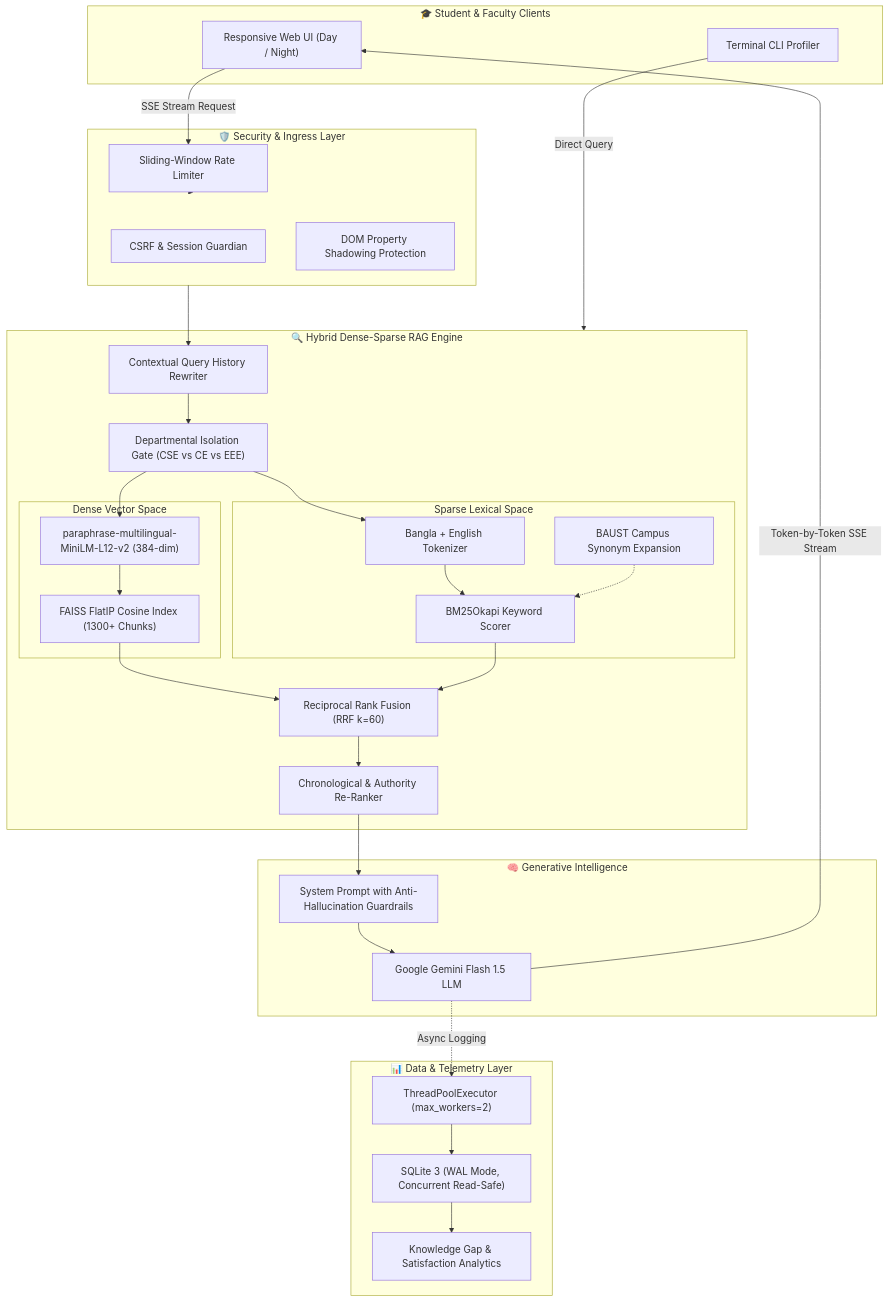
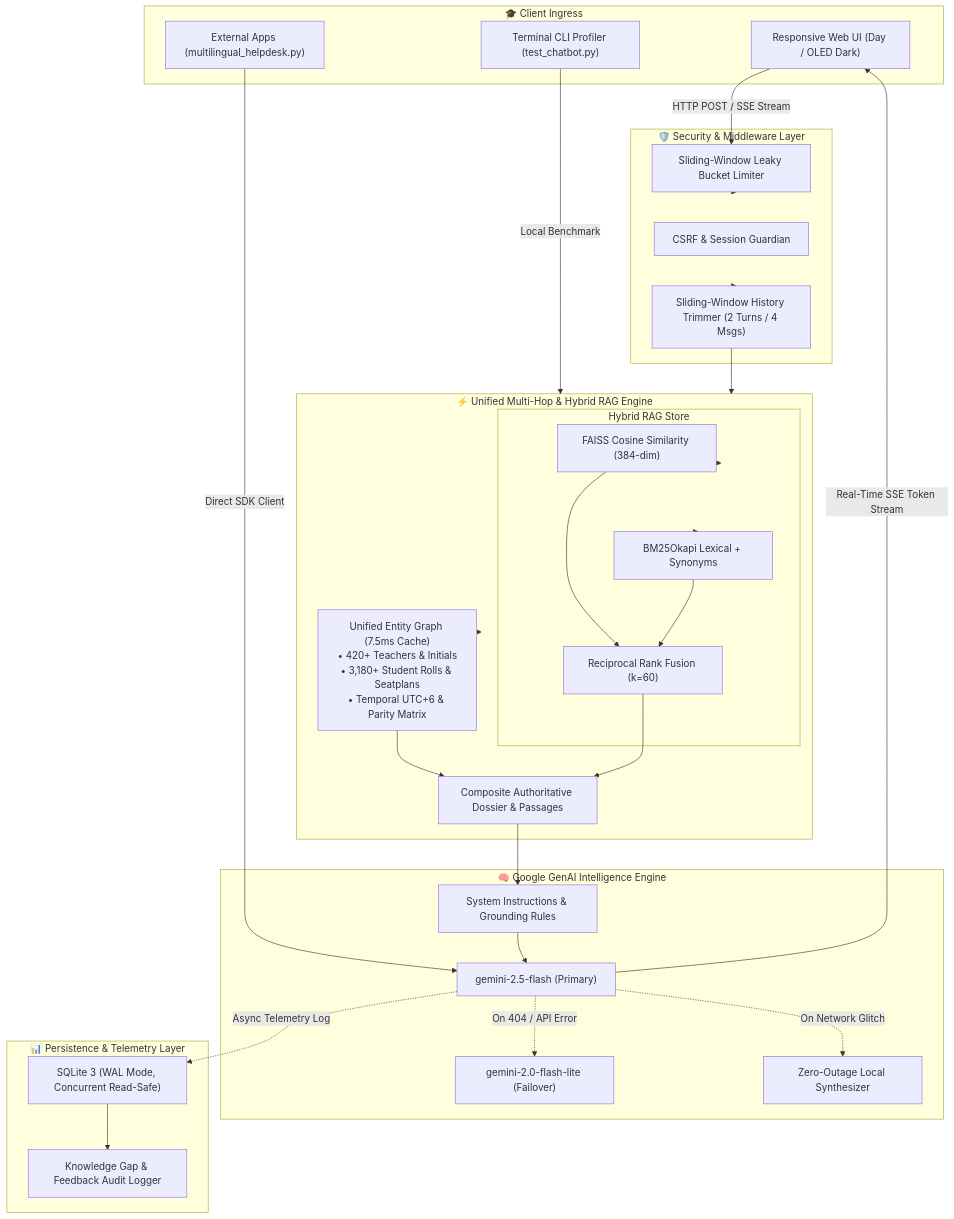
The first of 2 diagrams in README.md (ArfinSarker/BAUST_AI_HELPDESK), drawn with Mermaid before and after one commit. The commit also changed other lines of this file, not shown here.

Commit message:
Update README.md with comprehensive professional documentation and unified architecture

````diff
--- a/README.md
+++ b/README.md
@@ -68,57 +73,58 @@
 ```mermaid
 flowchart TD
-    subgraph Client["🎓 Student & Faculty Clients"]
-        WebUI["Responsive Web UI (Day / Night)"]
-        CLI["Terminal CLI Profiler"]
+    subgraph Clients["🎓 Client Ingress"]
+        WebUI["Responsive Web UI (Day / OLED Dark)"]
+        CLI["Terminal CLI Profiler (test_chatbot.py)"]
+        SDKModule["External Apps (multilingual_helpdesk.py)"]
     end
 
-    subgraph Gateway["🛡️ Security & Ingress Layer"]
-        RateLimit["Sliding-Window Rate Limiter"]
+    subgraph Gateway["🛡️ Security & Middleware Layer"]
+        RateLimit["Sliding-Window Leaky Bucket Limiter"]
         CSRF["CSRF & Session Guardian"]
-        ClobberGuard["DOM Property Shadowing Protection"]
+        HistoryTrimmer["Sliding-Window History Trimmer (2 Turns / 4 Msgs)"]
     end
 
-    subgraph RetrievalEngine["🔍 Hybrid Dense-Sparse RAG Engine"]
-        Rewrite["Contextual Query History Rewriter"]
-        DeptFilter["Departmental Isolation Gate (CSE vs CE vs EEE)"]
+    subgraph Retriever["⚡ Unified Multi-Hop & Hybrid RAG Engine"]
+        EntityGraph["Unified Entity Graph (7.5ms Cache)\n• 420+ Teachers & Initials\n• 3,180+ Student Rolls & Seatplans\n• Temporal UTC+6 & Parity Matrix"]
         
-        subgraph VectorSpace["Dense Vector Space"]
-            DenseEmbed["paraphrase-multilingual-MiniLM-L12-v2 (384-dim)"]
-            FAISS["FAISS FlatIP Cosine Index (1300+ Chunks)"]
+        subgraph HybridSearch["Hybrid RAG Store"]
+            Dense["FAISS Cosine Similarity (384-dim)"]
+            Sparse["BM25Okapi Lexical + Synonyms"]
+            RRF["Reciprocal Rank Fusion (k=60)"]
         end
         
-        subgraph LexicalSpace["Sparse Lexical Space"]
-            Tokenizer["Bangla + English Tokenizer"]
-            BM25["BM25Okapi Keyword Scorer"]
-            Synonyms["BAUST Campus Synonym Expansion"]
-        end
-        
-        RRF["Reciprocal Rank Fusion (RRF k=60)"]
-        MetadataRanker["Chronological & Authority Re-Ranker"]
+        Composite["Composite Authoritative Dossier & Passages"]
     end
 
-    subgraph LLM["🧠 Generative Intelligence"]
-        PromptEngine["System Prompt with Anti-Hallucination Guardrails"]
-        GeminiFlash["Google Gemini Flash 1.5 LLM"]
+    subgraph LLM["🧠 Google GenAI Intelligence Engine"]
+        PromptSystem["System Instructions & Grounding Rules"]
+        GeminiFlash["gemini-2.5-flash (Primary)"]
+        FallbackModel["gemini-2.0-flash-lite (Failover)"]
+        LocalSynthesizer["Zero-Outage Local Synthesizer"]
     end
 
-    subgraph Telemetry["📊 Data & Telemetry Layer"]
-        AsyncWorkers["ThreadPoolExecutor (max_workers=2)"]
-        SQLite["SQLite 3 (WAL Mode, Concurrent Read-Safe)"]
-        GapTracker["Knowledge Gap & Satisfaction Analytics"]
+    subgraph Storage["📊 Persistence & Telemetry Layer"]
+        SQLiteWAL["SQLite 3 (WAL Mode, Concurrent Read-Safe)"]
+        GapAudit["Knowledge Gap & Feedback Audit Logger"]
     end
 
-    WebUI -->|SSE Stream Request| RateLimit
-    CLI -->|Direct Query| RetrievalEngine
+    WebUI -->|HTTP POST / SSE Stream| RateLimit
+    CLI -->|Local Benchmark| Retriever
+    SDKModule -->|Direct SDK Client| GeminiFlash
     RateLimit --> Gateway
-    Gateway --> Rewrite
-    Rewrite --> DeptFilter
-    DeptFilter --> DenseEmbed --> FAISS --> RRF
-    DeptFilter --> Tokenizer --> BM25 --> RRF
-    Synonyms -.-> BM25
-    RRF --> MetadataRanker --> PromptEngine
-    PromptEngine --> GeminiFlash
-    GeminiFlash -->|Token-by-Token SSE Stream| WebUI
-    GeminiFlash -.->|Async Logging| AsyncWorkers
-    AsyncWorkers --> SQLite --> GapTracker
+    Gateway --> HistoryTrimmer
+    HistoryTrimmer --> Retriever
+    
+    Retriever --> EntityGraph --> Composite
+    Retriever --> Dense --> RRF
+    Retriever --> Sparse --> RRF
+    RRF --> Composite
+    
+    Composite --> PromptSystem
+    PromptSystem --> GeminiFlash
+    GeminiFlash -.->|On 404 / API Error| FallbackModel
+    GeminiFlash -.->|On Network Glitch| LocalSynthesizer
+    
+    GeminiFlash -->|Real-Time SSE Token Stream| WebUI
+    GeminiFlash -.->|Async Telemetry Log| SQLiteWAL --> GapAudit
 ```
````
